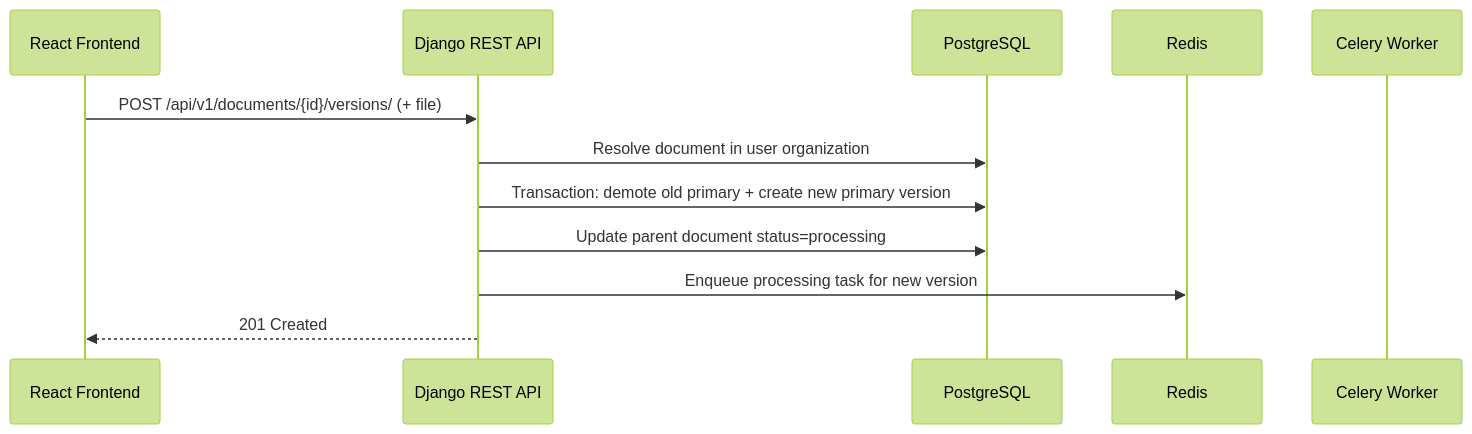
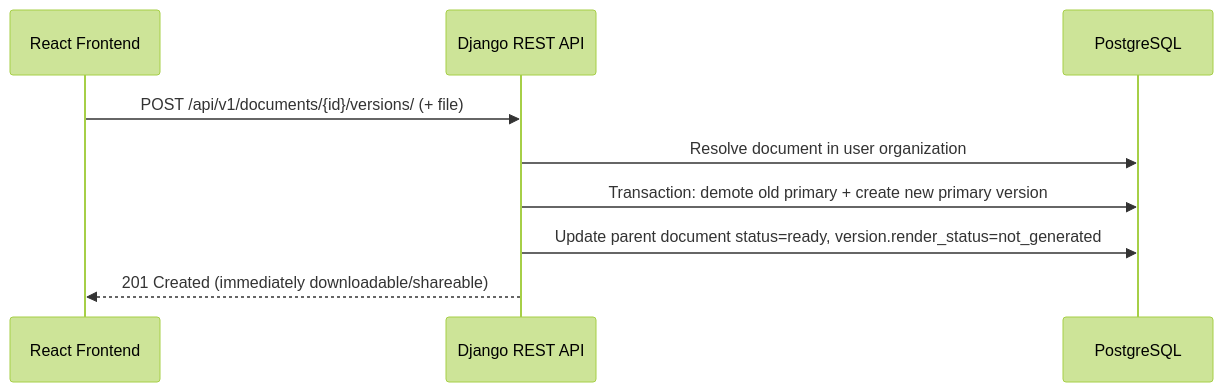
The diagram in docs/features/document-version.md (coneshare/coneshare), drawn with Mermaid (forest theme) before and after one commit. The commit also changed other lines of this file and 3 other files, not shown here.

````diff
--- a/docs/features/document-version.md
+++ b/docs/features/document-version.md
@@ -32,15 +32,12 @@
 ```mermaid
 sequenceDiagram
     participant Client as React Frontend
     participant API as Django REST API
     participant DB as PostgreSQL
-    participant Queue as Redis
-    participant Worker as Celery Worker
 
     Client->>API: POST /api/v1/documents/{id}/versions/ (+ file)
     API->>DB: Resolve document in user organization
     API->>DB: Transaction: demote old primary + create new primary version
-    API->>DB: Update parent document status=processing
-    API->>Queue: Enqueue processing task for new version
-    API-->>Client: 201 Created
+    API->>DB: Update parent document status=ready, version.render_status=not_generated
+    API-->>Client: 201 Created (immediately downloadable/shareable)
 ```
````
